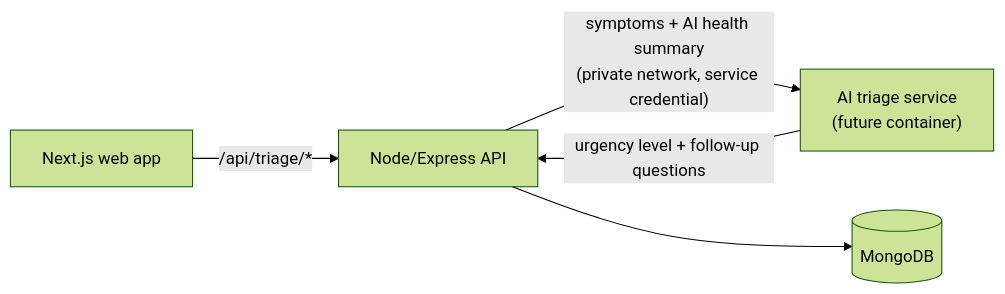
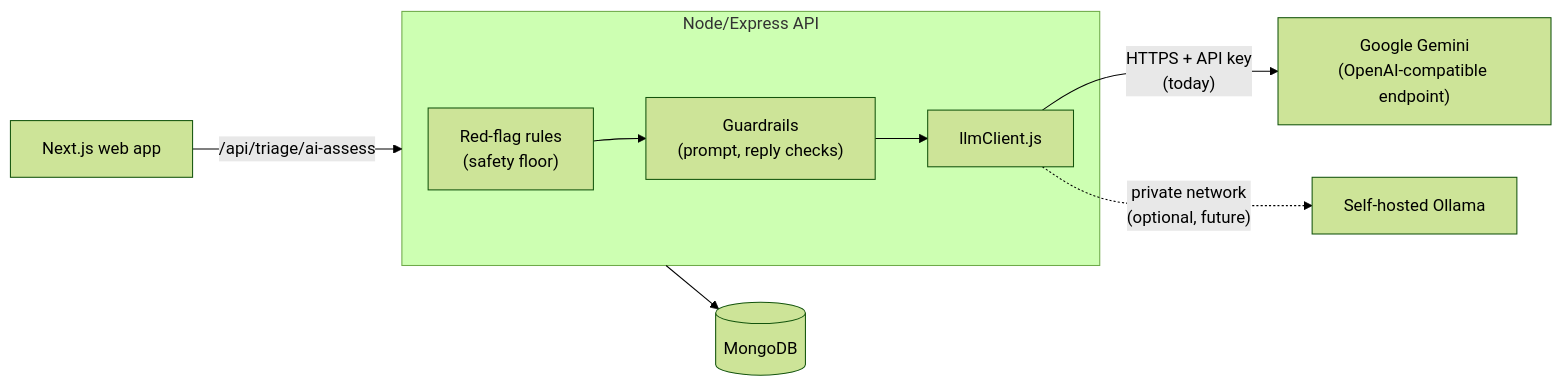
Before and after one commit to Nabad-team/Nabad: the third of 3 diagrams in docs/architecture.md, drawn with Mermaid (forest theme). The commit also changed other lines of this file and 12 other files, not shown here.

First line of the commit message:
docs: add flow diagrams and update the AI triage design

````diff
--- a/docs/architecture.md
+++ b/docs/architecture.md
@@ -271,7 +271,15 @@
 ```mermaid
 flowchart LR
-    next["Next.js web app"] -- "/api/triage/*" --> api["Node/Express API"]
-    api -- "symptoms + AI health summary<br/>(private network, service credential)" --> ai["AI triage service<br/>(future container)"]
-    ai -- "urgency level + follow-up questions" --> api
+    next["Next.js web app"] -- "/api/triage/ai-assess" --> api
+
+    subgraph api["Node/Express API"]
+        rules["Red-flag rules<br/>(safety floor)"]
+        guard["Guardrails<br/>(prompt, reply checks)"]
+        client["llmClient.js"]
+        rules --> guard --> client
+    end
+
+    client -- "HTTPS + API key<br/>(today)" --> gemini["Google Gemini<br/>(OpenAI-compatible endpoint)"]
+    client -. "private network<br/>(optional, future)" .-> ollama["Self-hosted Ollama"]
     api --> db[("MongoDB")]
 ```
````
